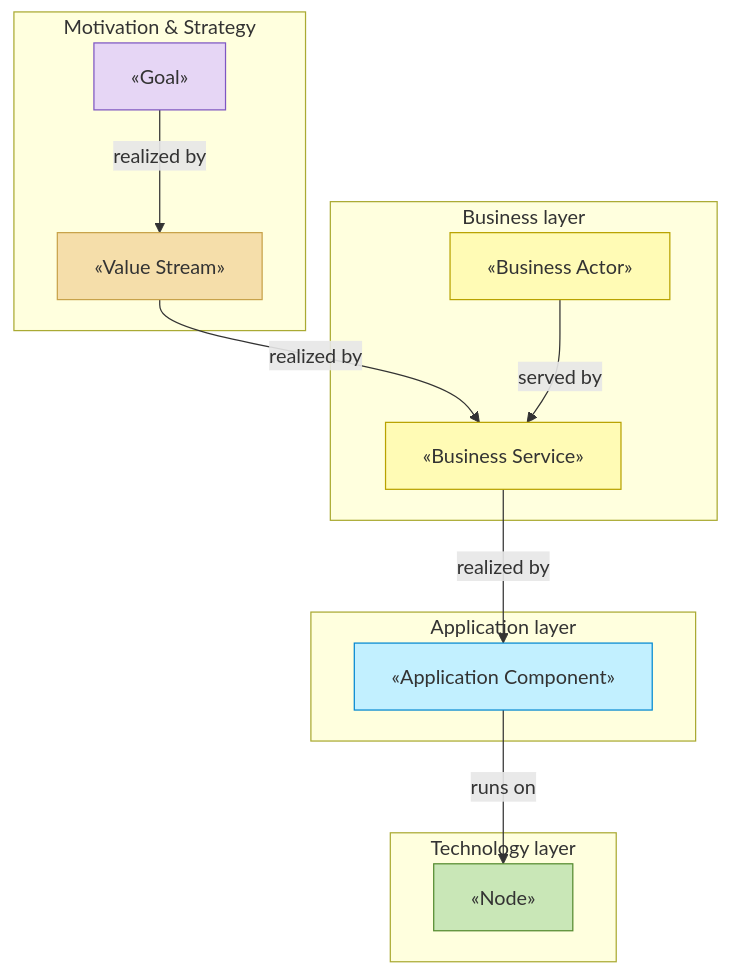
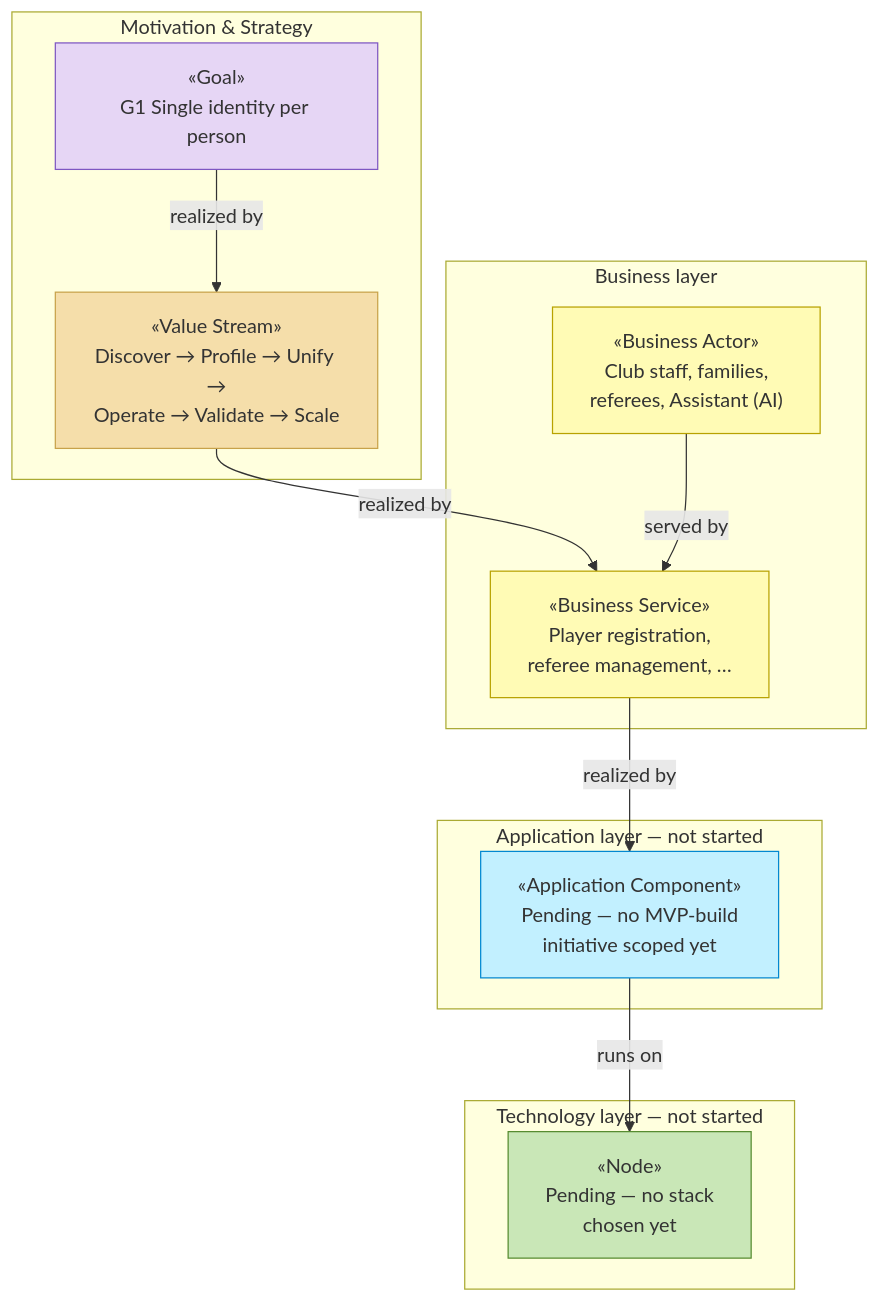
Before and after one commit to DataME2/ia-architect: the diagram in docs/ea/README.md, drawn with Mermaid. The commit also changed other lines of this file and 17 other files, not shown here.

First line of the commit message:
docs: bootstrap Let'sDataTalk strategy and business architecture

````diff
--- a/docs/ea/README.md
+++ b/docs/ea/README.md
@@ -80,32 +79,32 @@
 ```mermaid
 flowchart TB
   subgraph MOT["Motivation & Strategy"]
-    goal["«Goal»<br><Why this exists>"]:::motivation
-    vs["«Value Stream»<br><Stage 1 → Stage 2 → …>"]:::strategy
+    goal["«Goal»<br>G1 Single identity per person"]:::motivation
+    vs["«Value Stream»<br>Discover → Profile → Unify →<br>Operate → Validate → Scale"]:::strategy
   end
 
   subgraph BUS["Business layer"]
-    svc["«Business Service»<br><What's offered>"]:::business
-    actor["«Business Actor»<br><Who uses it>"]:::business
+    svc["«Business Service»<br>Player registration,<br>referee management, …"]:::business
+    actor["«Business Actor»<br>Club staff, families,<br>referees, Assistant (AI)"]:::business
   end
 
-  subgraph APP["Application layer"]
-    app["«Application Component»<br><What realizes the service>"]:::application
+  subgraph APP["Application layer — not started"]
+    app["«Application Component»<br>Pending — no MVP-build<br>initiative scoped yet"]:::application
   end
 
-  subgraph TEC["Technology layer"]
-    tech["«Node»<br><What it runs on>"]:::technology
+  subgraph TEC["Technology layer — not started"]
+    tech["«Node»<br>Pending — no stack<br>chosen yet"]:::technology
   end
 
   goal -->|realized by| vs
   vs -->|realized by| svc
   actor -->|served by| svc
   svc -->|realized by| app
   app -->|runs on| tech
 
   classDef motivation fill:#e6d6f5,stroke:#7e57c2,color:#333
   classDef strategy fill:#f5deaa,stroke:#c8a24a,color:#333
   classDef business fill:#fffbb5,stroke:#b8a200,color:#333
   classDef application fill:#c2f0ff,stroke:#0288d1,color:#333
   classDef technology fill:#c9e7b7,stroke:#558b2f,color:#333
 ```
````
